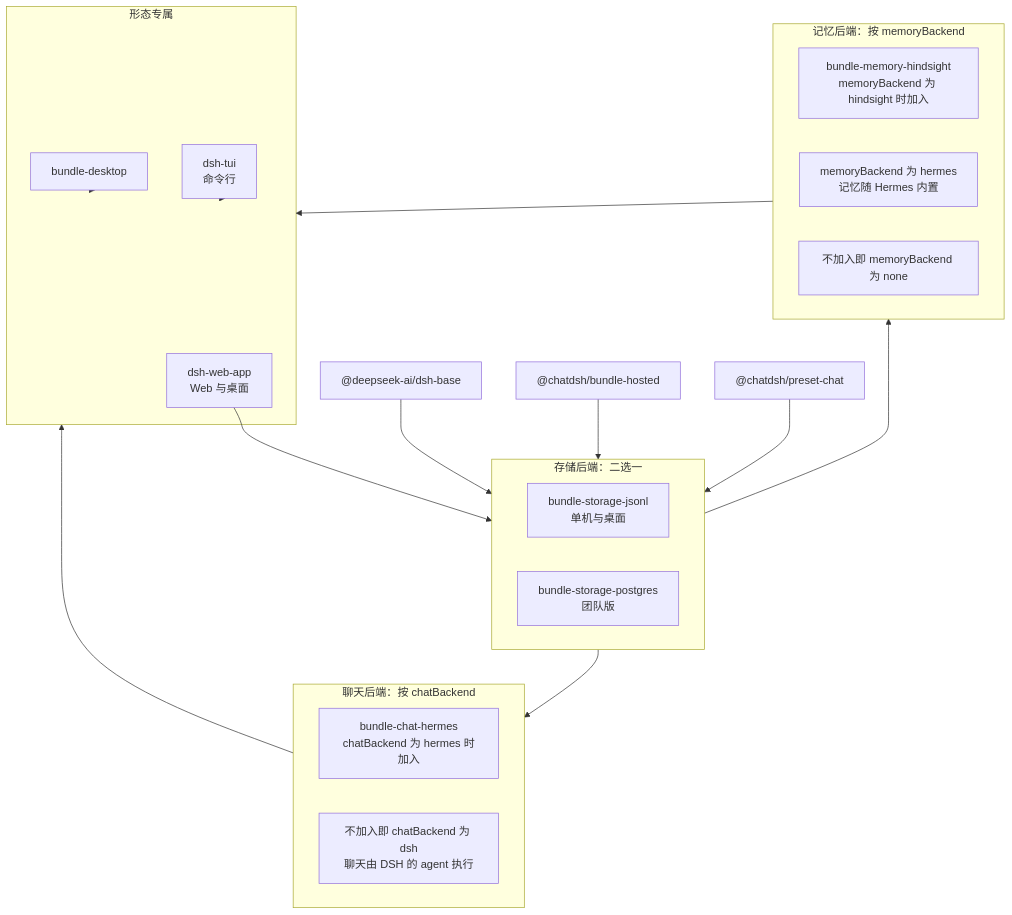
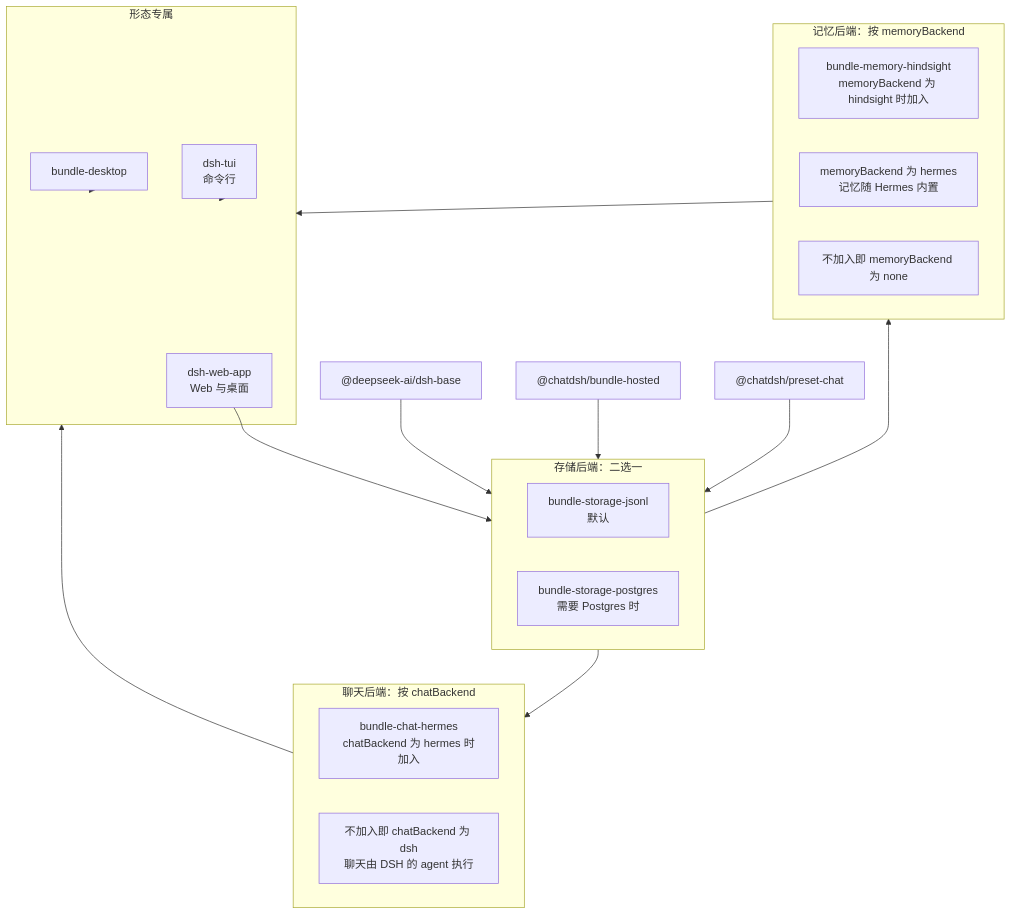
Before and after one commit to wenzetan/chatdsh: the sixth of 17 diagrams in runtime/docs/architecture-diagram.md, drawn with Mermaid. The commit also changed other lines of this file and 36 other files, not shown here.

````diff
--- a/runtime/docs/architecture-diagram.md
+++ b/runtime/docs/architecture-diagram.md
@@ -209,31 +209,31 @@
 ```mermaid
 flowchart TB
   DSHB["@deepseek-ai/dsh-base"] --> STORE
   HOSTB["@chatdsh/bundle-hosted"] --> STORE
   PBASE["@chatdsh/preset-chat"] --> STORE
   subgraph STORE["存储后端：二选一"]
-    JS["bundle-storage-jsonl<br/>单机与桌面"]
-    PG["bundle-storage-postgres<br/>团队版"]
+    JS["bundle-storage-jsonl<br/>默认"]
+    PG["bundle-storage-postgres<br/>需要 Postgres 时"]
   end
   subgraph CHAT["聊天后端：按 chatBackend"]
     HERB["bundle-chat-hermes<br/>chatBackend 为 hermes 时加入"]
     DSHB2["不加入即 chatBackend 为 dsh<br/>聊天由 DSH 的 agent 执行"]
   end
   subgraph MEM["记忆后端：按 memoryBackend"]
     HINB["bundle-memory-hindsight<br/>memoryBackend 为 hindsight 时加入"]
     HERMEM["memoryBackend 为 hermes<br/>记忆随 Hermes 内置"]
     NONE["不加入即 memoryBackend 为 none"]
   end
   subgraph FORM["形态专属"]
     WEBAPP["dsh-web-app<br/>Web 与桌面"]
     DESKB["bundle-desktop"]
     TUI["dsh-tui<br/>命令行"]
   end
   WEBAPP --> STORE
   DESKB --> FORM
   TUI --> FORM
   STORE --> CHAT
   STORE --> MEM
   CHAT --> FORM
   MEM --> FORM
 ```
````
